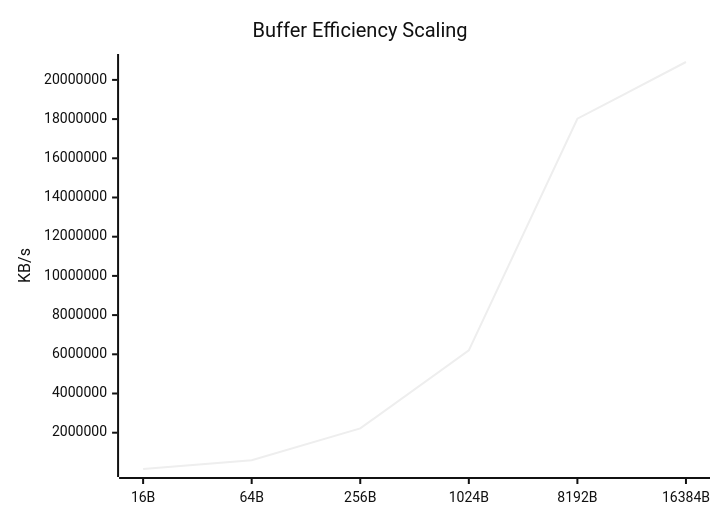
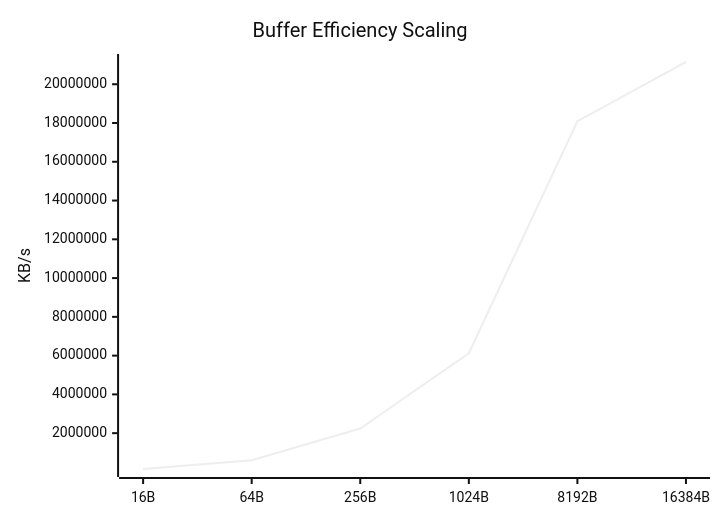
One commit to taha2samy/openssl_fips changed the fifth of 9 diagrams in docs/Comparison_Report.md. Above: the diagram before and after it, drawn with Mermaid (neutral theme). The commit also changed other lines of this file and 3 other files, not shown here.

````diff
--- a/docs/Comparison_Report.md
+++ b/docs/Comparison_Report.md
@@ -94,7 +94,7 @@
 ```mermaid
 xychart-beta
     title "Buffer Efficiency Scaling"
     x-axis [16B, 64B, 256B, 1024B, 8192B, 16384B]
     y-axis "KB/s"
-    line [148106.86, 593503.36, 2218283.14, 6198102.02, 18019057.66, 20912865.28]
+    line [151306.7, 598945.57, 2238690.94, 6122185.73, 18090647.55, 21146984.45]
 ```
````
